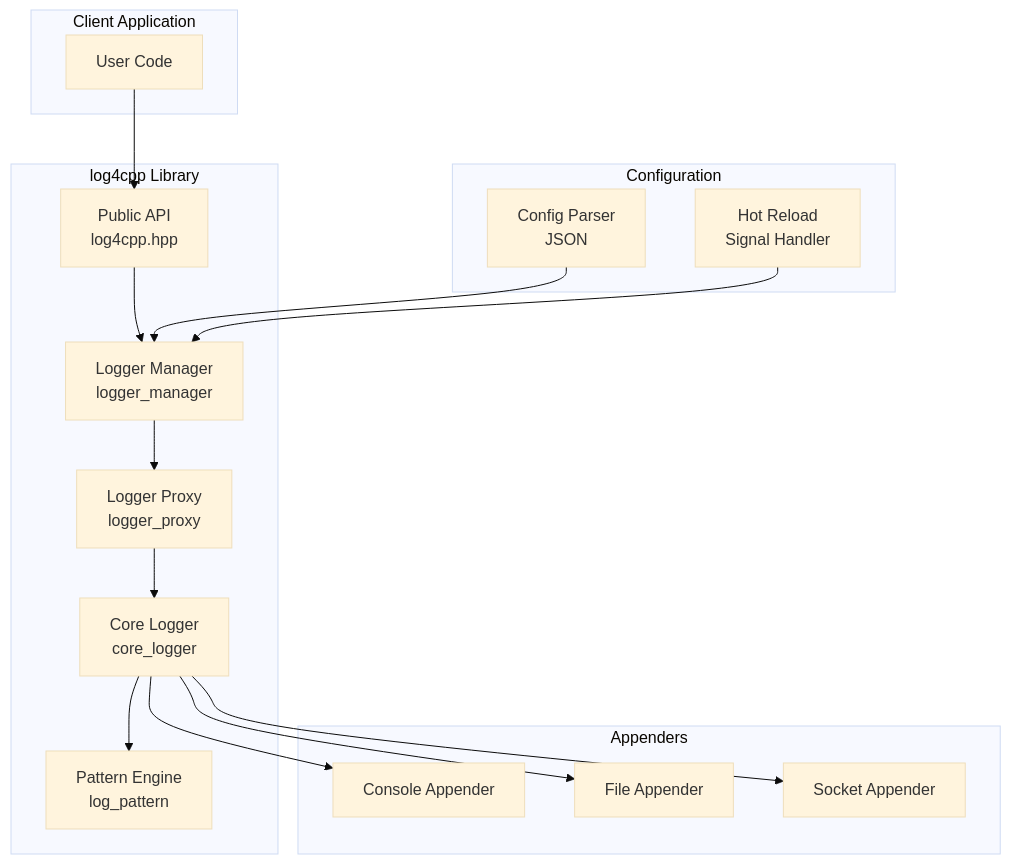
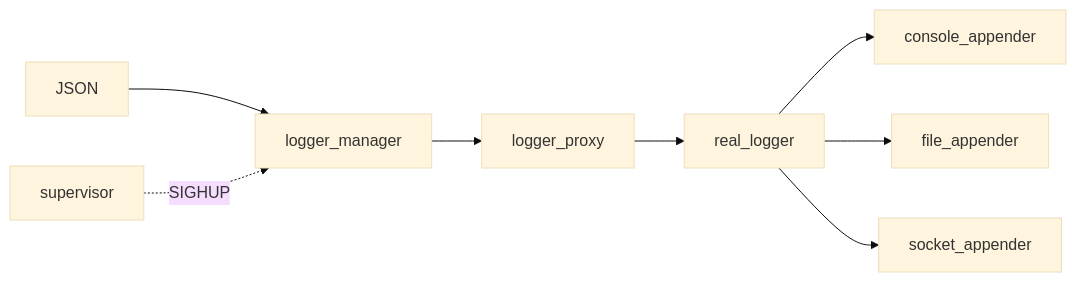
Before and after one commit to lwhttpdorg/log4cpp: the first of 10 diagrams in docs/DESIGN.md, drawn with Mermaid (base theme). The commit also changed other lines of this file and 20 other files, not shown here.

First line of the commit message:
refactor: rename core_logger to real_logger and instance-ize log_pattern

````diff
--- a/docs/DESIGN.md
+++ b/docs/DESIGN.md
@@ -22,36 +72,10 @@
 ```mermaid
-graph TB
-    subgraph "Client Application"
-        A[User Code]
-    end
-
-    subgraph "log4cpp Library"
-        B[Public API<br/>log4cpp.hpp]
-        C[Logger Manager<br/>logger_manager]
-        D[Logger Proxy<br/>logger_proxy]
-        E[Core Logger<br/>core_logger]
-        F[Pattern Engine<br/>log_pattern]
-    end
-
-    subgraph "Appenders"
-        G[Console Appender]
-        H[File Appender]
-        I[Socket Appender]
-    end
-
-    subgraph "Configuration"
-        J[Config Parser<br/>JSON]
-        K[Hot Reload<br/>Signal Handler]
-    end
-
-    A --> B
-    B --> C
-    C --> D
-    D --> E
-    E --> F
-    E --> G
-    E --> H
-    E --> I
-    J --> C
-    K --> C
+graph LR
+    C[logger_manager] --> D[logger_proxy]
+    D --> E[real_logger]
+    E --> G[console_appender]
+    E --> H[file_appender]
+    E --> I[socket_appender]
+    J[JSON] --> C
+    K[supervisor] -.->|SIGHUP| C
 ```
````
